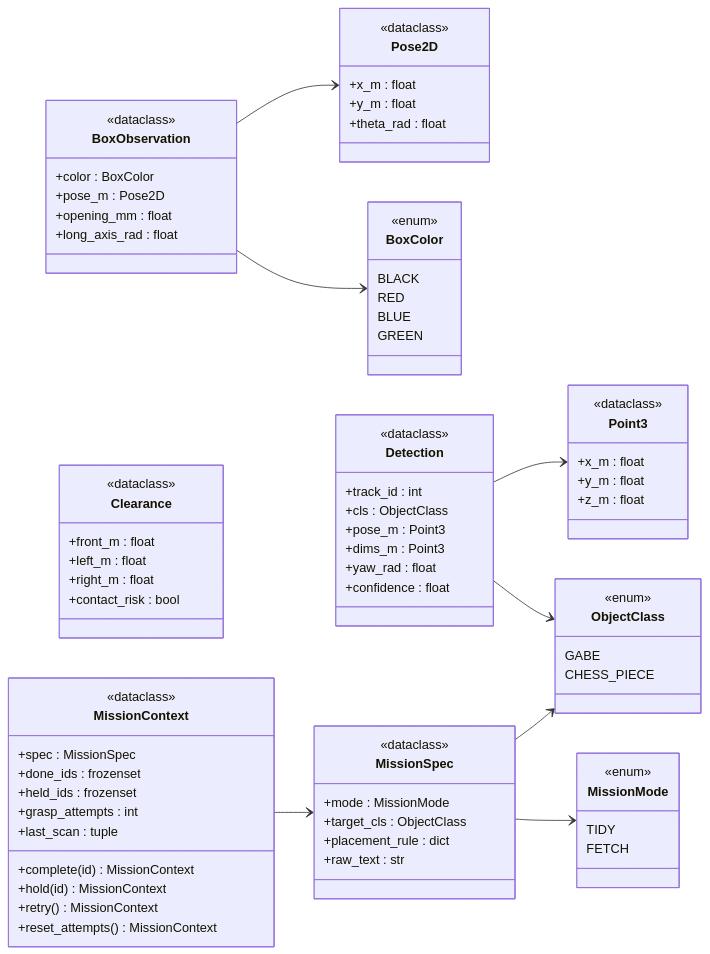
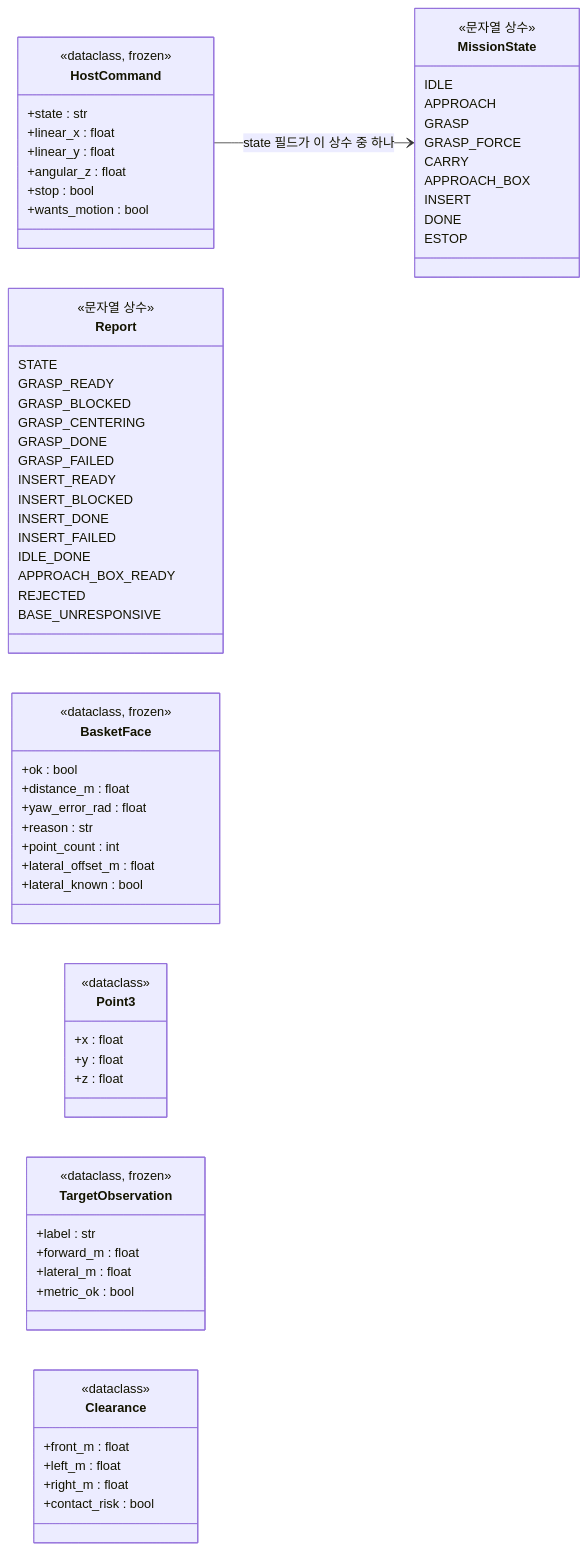
Before and after one commit to grippers-intel/grippers: the first of 4 diagrams in docs/design/class_diagram.md, drawn with Mermaid. The commit also changed other lines of this file and 7 other files, not shown here.

````diff
--- a/docs/design/class_diagram.md
+++ b/docs/design/class_diagram.md
@@ -26,52 +34,66 @@
 classDiagram
     direction LR
 
-    class ObjectClass {
-        <<enum>>
-        GABE
-        CHESS_PIECE
+    class HostCommand {
+        <<dataclass, frozen>>
+        +state : str
+        +linear_x : float
+        +linear_y : float
+        +angular_z : float
+        +stop : bool
+        +wants_motion : bool
     }
-    class BoxColor {
-        <<enum>>
-        BLACK
-        RED
-        BLUE
-        GREEN
+    class MissionState {
+        <<문자열 상수>>
+        IDLE
+        APPROACH
+        GRASP
+        GRASP_FORCE
+        CARRY
+        APPROACH_BOX
+        INSERT
+        DONE
+        ESTOP
     }
-    class MissionMode {
-        <<enum>>
-        TIDY
-        FETCH
+    class Report {
+        <<문자열 상수>>
+        STATE
+        GRASP_READY
+        GRASP_BLOCKED
+        GRASP_CENTERING
+        GRASP_DONE
+        GRASP_FAILED
+        INSERT_READY
+        INSERT_BLOCKED
+        INSERT_DONE
+        INSERT_FAILED
+        IDLE_DONE
+        APPROACH_BOX_READY
+        REJECTED
+        BASE_UNRESPONSIVE
     }
-
-    class Pose2D {
-        <<dataclass>>
-        +x_m : float
-        +y_m : float
-        +theta_rad : float
+    class BasketFace {
+        <<dataclass, frozen>>
+        +ok : bool
+        +distance_m : float
+        +yaw_error_rad : float
+        +reason : str
+        +point_count : int
+        +lateral_offset_m : float
+        +lateral_known : bool
     }
     class Point3 {
         <<dataclass>>
-        +x_m : float
-        +y_m : float
-        +z_m : float
+        +x : float
+        +y : float
+        +z : float
     }
-
-    class Detection {
-        <<dataclass>>
-        +track_id : int
-        +cls : ObjectClass
-        +pose_m : Point3
-        +dims_m : Point3
-        +yaw_rad : float
-        +confidence : float
-    }
-    class BoxObservation {
-        <<dataclass>>
-        +color : BoxColor
-        +pose_m : Pose2D
-        +opening_mm : float
-        +long_axis_rad : float
+    class TargetObservation {
+        <<dataclass, frozen>>
+        +label : str
+        +forward_m : float
+        +lateral_m : float
+        +metric_ok : bool
     }
     class Clearance {
         <<dataclass>>
@@ -80,31 +102,6 @@
         +right_m : float
         +contact_risk : bool
     }
-    class MissionSpec {
-        <<dataclass>>
-        +mode : MissionMode
-        +target_cls : ObjectClass
-        +placement_rule : dict
-        +raw_text : str
-    }
-    class MissionContext {
-        <<dataclass>>
-        +spec : MissionSpec
-        +done_ids : frozenset
-        +held_ids : frozenset
-        +grasp_attempts : int
-        +last_scan : tuple
-        +complete(id) MissionContext
-        +hold(id) MissionContext
-        +retry() MissionContext
-        +reset_attempts() MissionContext
-    }
 
-    Detection --> ObjectClass
-    Detection --> Point3
-    BoxObservation --> BoxColor
-    BoxObservation --> Pose2D
-    MissionSpec --> MissionMode
-    MissionSpec --> ObjectClass
-    MissionContext --> MissionSpec
+    HostCommand --> MissionState : state 필드가 이 상수 중 하나
 ```
````
